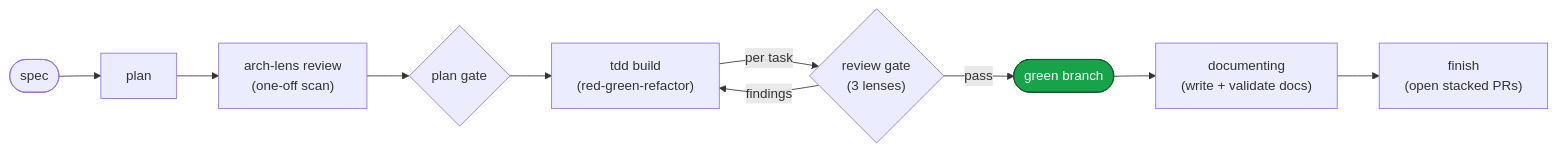
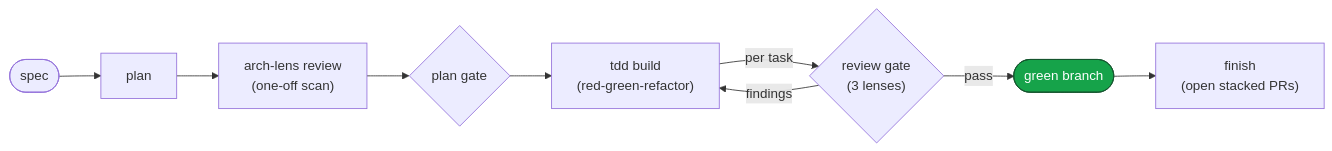
Before and after one commit to dashworthy/engineering: the seventh of 7 diagrams in README.md, drawn with Mermaid. The commit also changed other lines of this file and 33 other files, not shown here.

````diff
--- a/README.md
+++ b/README.md
@@ -173,14 +170,13 @@
 ```mermaid
 flowchart LR
     classDef done fill:#16a34a,stroke:#14532d,color:#fff
 
     SPEC(["spec"]) --> P["plan"]
     P --> RV["arch-lens review<br/>(one-off scan)"]
     RV --> PG{"plan gate"}
     PG --> B["tdd build<br/>(red-green-refactor)"]
     B -->|"per task"| R{"review gate<br/>(3 lenses)"}
     R -->|"findings"| B
     R -->|"pass"| G(["green branch"]):::done
-    G --> DOC["documenting<br/>(write + validate docs)"]
-    DOC --> FIN["finish<br/>(open stacked PRs)"]
+    G --> FIN["finish<br/>(open stacked PRs)"]
 ```
````
